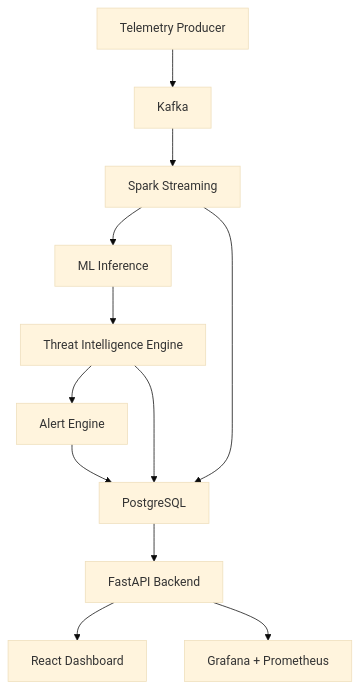
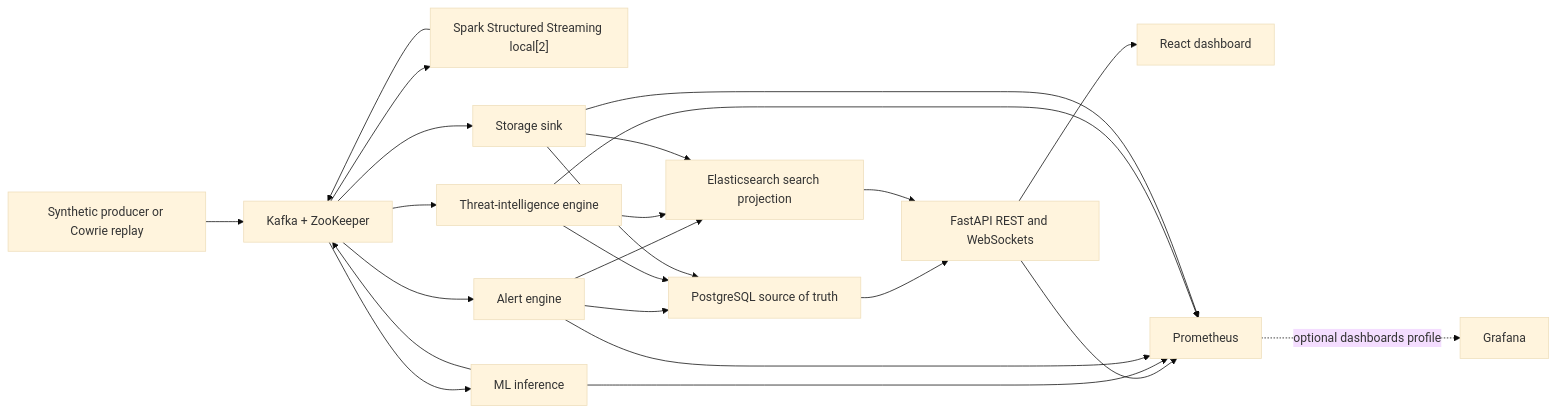
The diagram in README.md (Jay-2522/Real-Time-Threat-Detection-and-Analytics), drawn with Mermaid (base theme) before and after one commit. The commit also changed other lines of this file, not shown here.

````diff
--- a/README.md
+++ b/README.md
@@ -71,14 +66,26 @@
-```mermaid
-flowchart TD
-    A["Telemetry Producer"] --> B["Kafka"]
-    B --> C["Spark Streaming"]
-    C --> D["ML Inference"]
-    D --> E["Threat Intelligence Engine"]
-    E --> F["Alert Engine"]
-    F --> G["PostgreSQL"]
-    E --> G
-    C --> G
-    G --> H["FastAPI Backend"]
-    H --> I["React Dashboard"]
-    H --> J["Grafana + Prometheus"]
-```
+~~~mermaid
+flowchart LR
+    P["Synthetic producer or Cowrie replay"] --> K["Kafka + ZooKeeper"]
+    K --> S["Spark Structured Streaming local[2]"]
+    S --> K
+    K --> M["ML inference"]
+    M --> K
+    K --> A["Alert engine"]
+    K --> T["Threat-intelligence engine"]
+    K --> SS["Storage sink"]
+    A --> PG["PostgreSQL source of truth"]
+    T --> PG
+    SS --> PG
+    A --> ES["Elasticsearch search projection"]
+    T --> ES
+    SS --> ES
+    PG --> API["FastAPI REST and WebSockets"]
+    ES --> API
+    API --> UI["React dashboard"]
+    API --> PR["Prometheus"]
+    M --> PR
+    A --> PR
+    T --> PR
+    SS --> PR
+    PR -. optional dashboards profile .-> G["Grafana"]
+~~~
````
